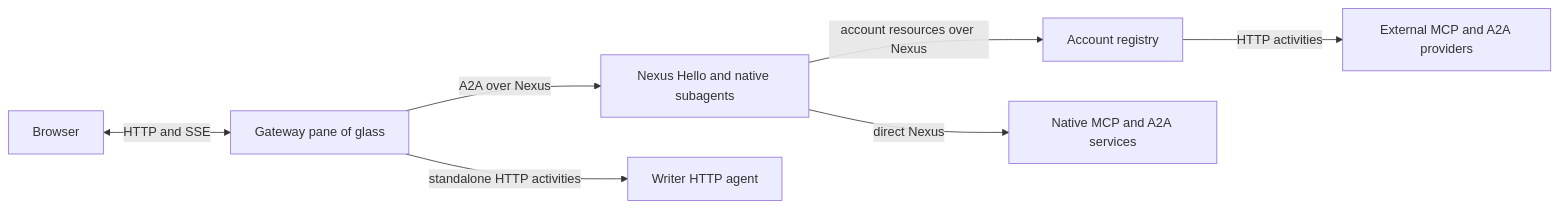
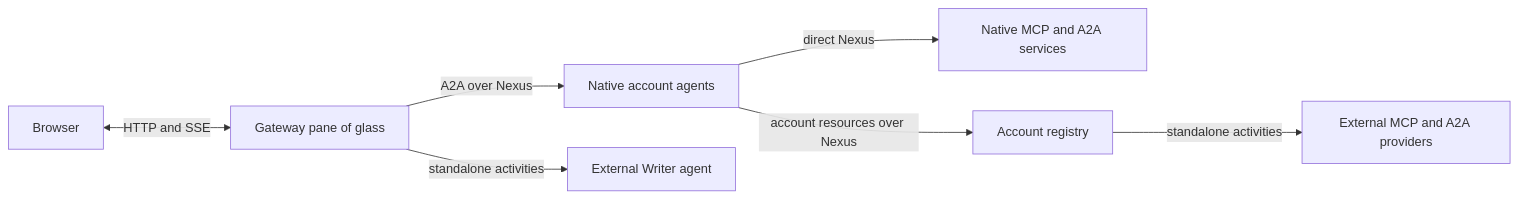
Before and after one commit to temporal-community/temporal-agent-harness: the fifth of 5 diagrams in examples/nexus_hello/README.md, drawn with Mermaid. The commit also changed other lines of this file and 26 other files, not shown here.

Commit message:
Add account MCP call history inspector

````diff
--- a/examples/nexus_hello/README.md
+++ b/examples/nexus_hello/README.md
@@ -327,9 +235,9 @@
 ```mermaid
 flowchart LR
     Browser[Browser] <-->|HTTP and SSE| Gateway[Gateway pane of glass]
-    Gateway -->|A2A over Nexus| NativeAgents[Nexus Hello and native subagents]
-    Gateway -->|standalone HTTP activities| ExternalAgent[Writer HTTP agent]
-    NativeAgents -->|account resources over Nexus| Registry[Account registry]
-    Registry -->|HTTP activities| ExternalTools[External MCP and A2A providers]
-    NativeAgents -->|direct Nexus| NativeTools[Native MCP and A2A services]
+    Gateway -->|A2A over Nexus| Agents[Native account agents]
+    Gateway -->|standalone activities| Writer[External Writer agent]
+    Agents -->|direct Nexus| Native[Native MCP and A2A services]
+    Agents -->|account resources over Nexus| Registry[Account registry]
+    Registry -->|standalone activities| External[External MCP and A2A providers]
 ```
````
